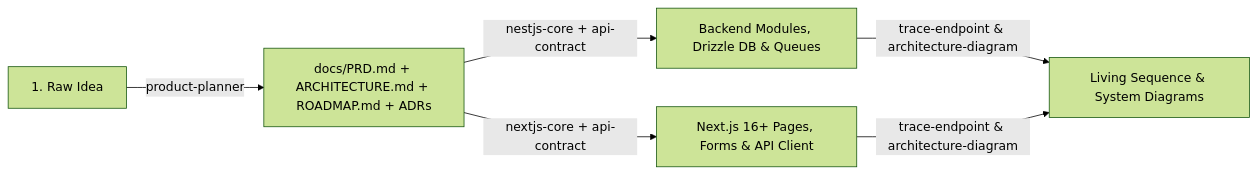
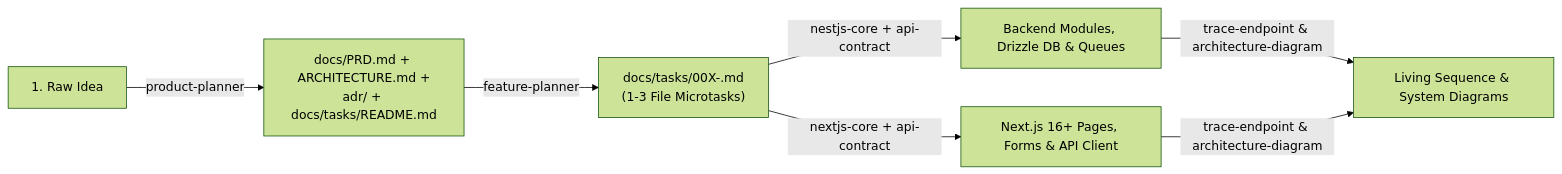
One commit to NIKHILENIGMA/skills changed the diagram in README.md. Above: the diagram before and after it, drawn with Mermaid (forest theme). The commit also changed other lines of this file and 4 other files, not shown here.

Commit message:
feat(skills): upgrade product-planner and add feature-planner for microtask execution

````diff
--- a/README.md
+++ b/README.md
@@ -198,7 +226,8 @@
 ```mermaid
 flowchart LR
-  A["1. Raw Idea"] -->|product-planner| B["docs/PRD.md + ARCHITECTURE.md + ROADMAP.md + ADRs"]
-  B -->|nestjs-core + api-contract| C["Backend Modules, Drizzle DB & Queues"]
-  B -->|nextjs-core + api-contract| D["Next.js 16+ Pages, Forms & API Client"]
+  A["1. Raw Idea"] -->|product-planner| B["docs/PRD.md + ARCHITECTURE.md +\nadr/ + docs/tasks/README.md"]
+  B -->|feature-planner| FT["docs/tasks/00X-<slug>.md\n(1-3 File Microtasks)"]
+  FT -->|nestjs-core + api-contract| C["Backend Modules, Drizzle DB & Queues"]
+  FT -->|nextjs-core + api-contract| D["Next.js 16+ Pages, Forms & API Client"]
   C & D -->|trace-endpoint & architecture-diagram| E["Living Sequence & System Diagrams"]
 ```
````
